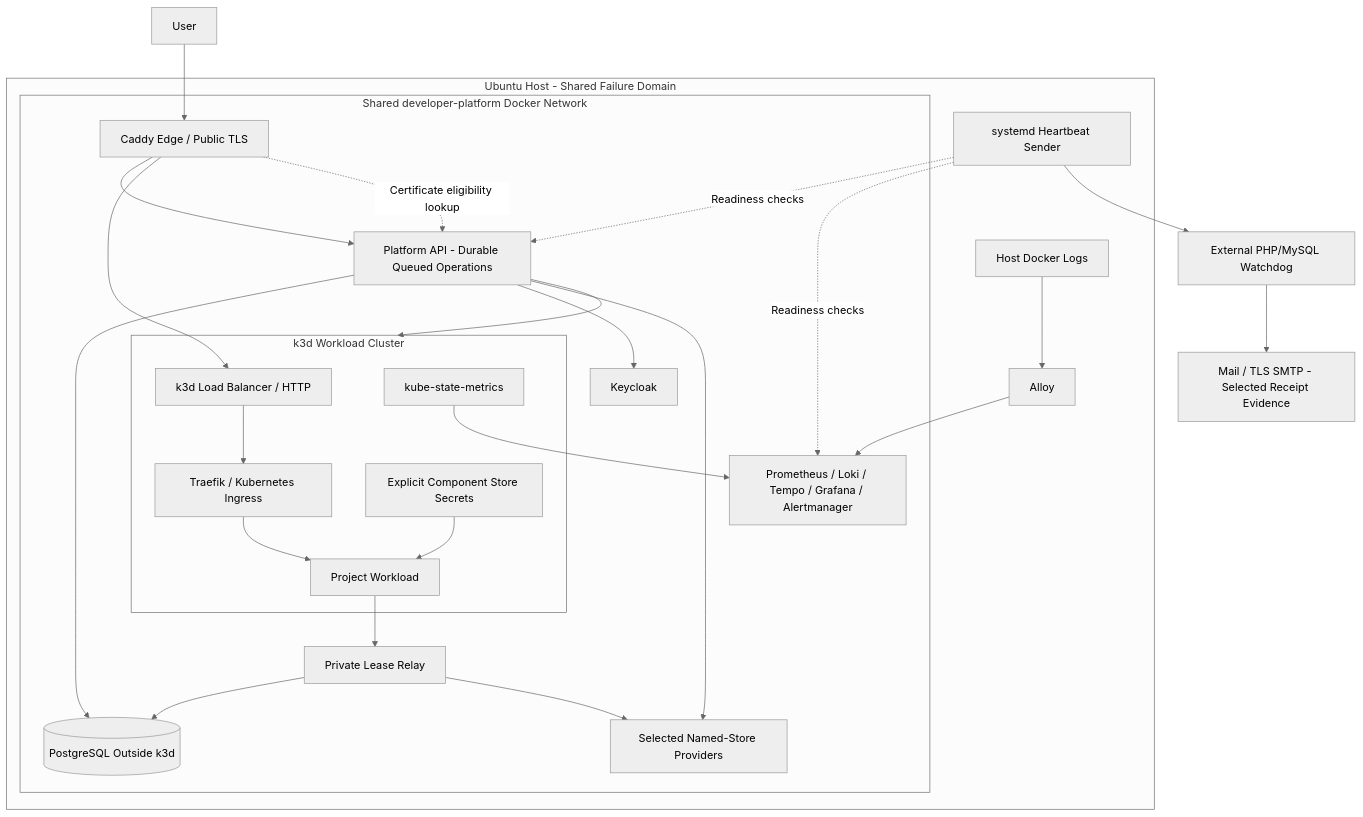
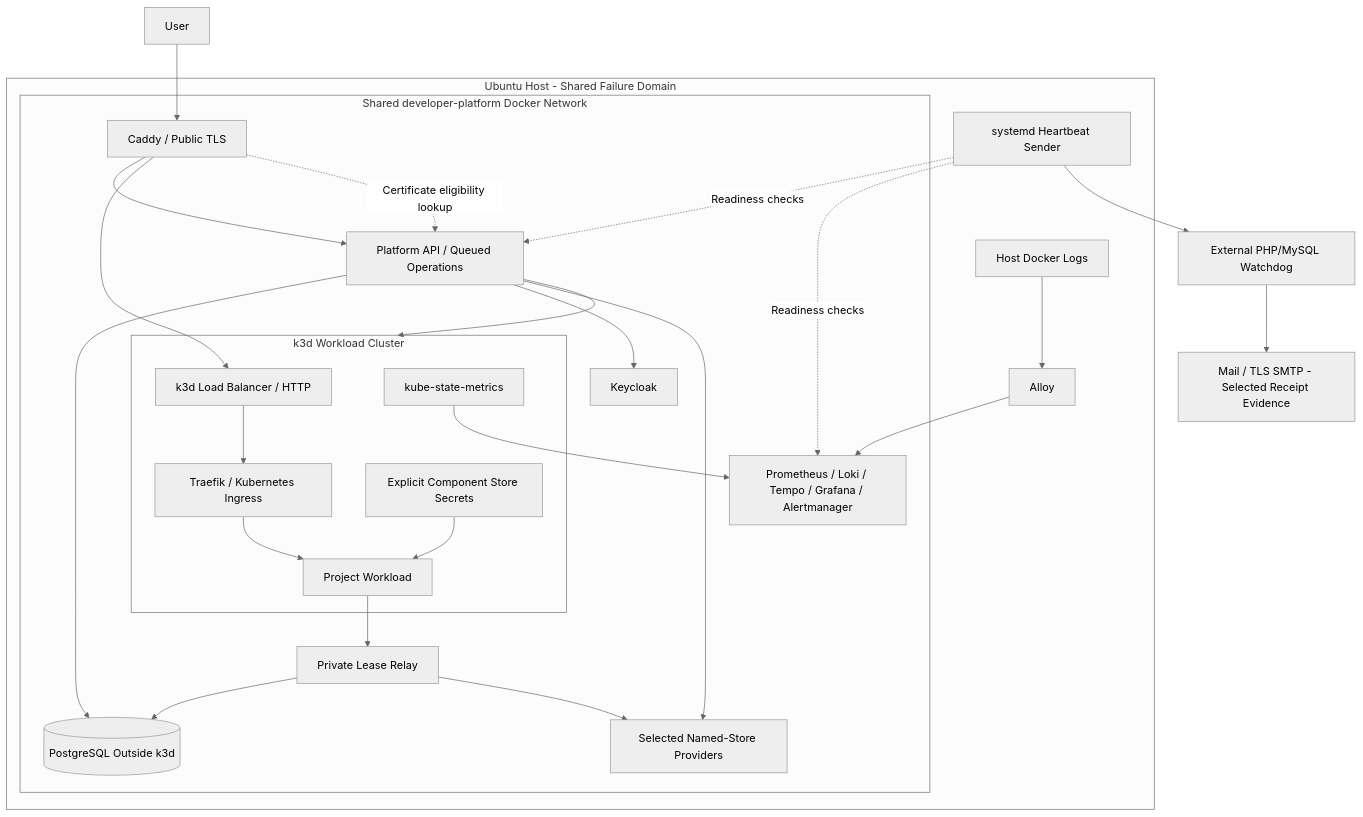
Before and after one commit to eseidinger/developer-platform: the diagram in docs/architecture/diagrams/topology.md, drawn with Mermaid (neutral theme). The commit also changed other lines of this file and 254 other files, not shown here.

````diff
--- a/docs/architecture/diagrams/topology.md
+++ b/docs/architecture/diagrams/topology.md
@@ -5,30 +8,30 @@
 ```mermaid
 flowchart TB
     User["User"] --> Edge
     subgraph Host["Ubuntu Host - Shared Failure Domain"]
         subgraph Network["Shared developer-platform Docker Network"]
-            Edge["Caddy Edge / Public TLS"] --> API["Platform API - Durable Queued Operations"]
+            Edge["Caddy / Public TLS"] --> API["Platform API / Queued Operations"]
             Edge --> LB["k3d Load Balancer / HTTP"]
             Edge -. "Certificate eligibility lookup" .-> API
             subgraph Cluster["k3d Workload Cluster"]
                 LB --> Ingress["Traefik / Kubernetes Ingress"]
                 Ingress --> App["Project Workload"]
                 Secret["Explicit Component Store Secrets"] --> App
                 Metrics["kube-state-metrics"]
             end
             API --> Cluster
             API --> PG[("PostgreSQL Outside k3d")]
             App --> Relay["Private Lease Relay"] --> PG
             API --> IdP["Keycloak"]
             API --> Stores["Selected Named-Store Providers"]
             Relay --> Stores
             Metrics --> Monitor["Prometheus / Loki / Tempo / Grafana / Alertmanager"]
         end
         DockerLogs["Host Docker Logs"] --> Alloy["Alloy"]
         Alloy --> Monitor
         Heartbeat["systemd Heartbeat Sender"] -. "Readiness checks" .-> API
         Heartbeat -. "Readiness checks" .-> Monitor
     end
     Heartbeat --> External["External PHP/MySQL Watchdog"]
     External --> Alert["Mail / TLS SMTP - Selected Receipt Evidence"]
 ```
````
